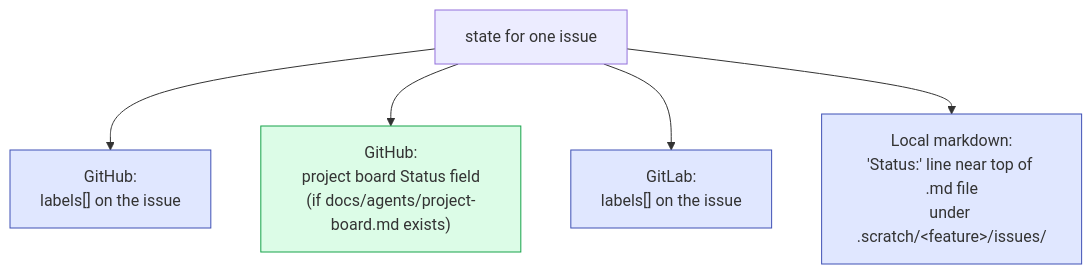
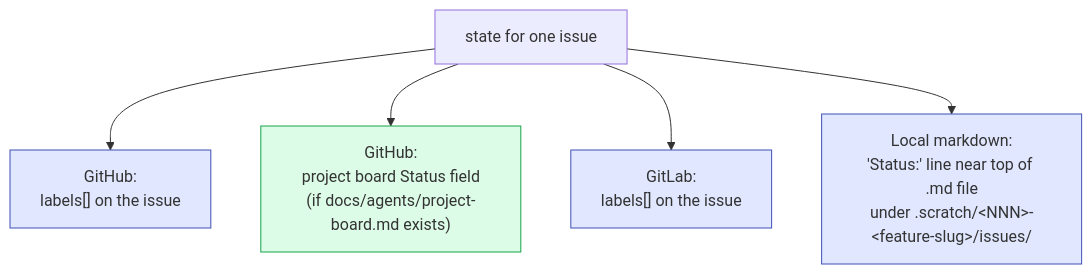
One commit to ZunoSmartLabs/zsl-superpowers changed the second of 2 diagrams in docs/concepts/state-machine.md. Above: the diagram before and after it, drawn with Mermaid. The commit also changed other lines of this file and 21 other files, not shown here.

````diff
--- a/docs/concepts/state-machine.md
+++ b/docs/concepts/state-machine.md
@@ -98,13 +98,13 @@
 ```mermaid
 flowchart TB
     state["state for one issue"]
     state --> gh_label["GitHub:<br/>labels[] on the issue"]
     state --> gh_board["GitHub:<br/>project board Status field<br/>(if docs/agents/project-board.md exists)"]
     state --> gl_label["GitLab:<br/>labels[] on the issue"]
-    state --> local["Local markdown:<br/>'Status:' line near top of .md file<br/>under .scratch/&lt;feature&gt;/issues/"]
+    state --> local["Local markdown:<br/>'Status:' line near top of .md file<br/>under .scratch/&lt;NNN&gt;-&lt;feature-slug&gt;/issues/"]
 
     classDef src fill:#e0e7ff,stroke:#3f51b5;
     classDef mirror fill:#dcfce7,stroke:#16a34a;
     class gh_label,gl_label,local src
     class gh_board mirror
 ```
````
